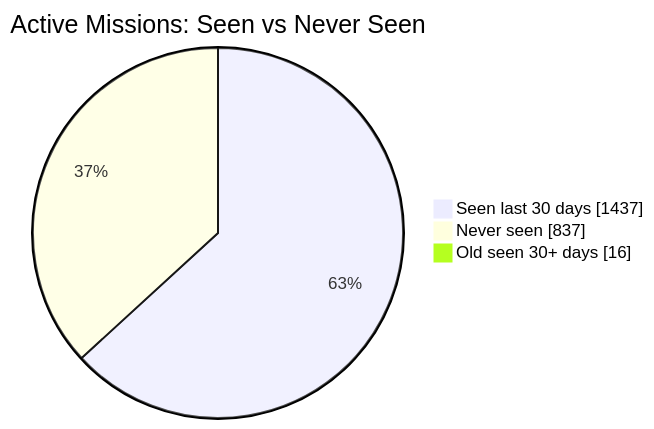
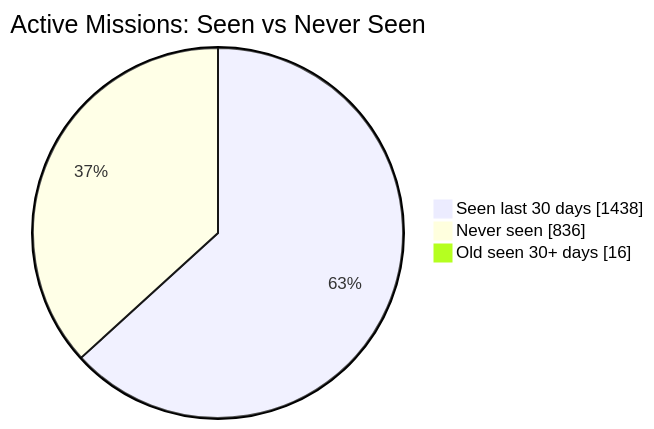
One commit to MeldkamerspelGameTeam/active-missions changed the first of 2 diagrams in README.md. Above: the diagram before and after it, drawn with Mermaid. The commit also changed other lines of this file and 3 other files, not shown here.

````diff
--- a/README.md
+++ b/README.md
@@ -34,7 +34,7 @@
 ```mermaid
 pie showData
     title Active Missions: Seen vs Never Seen
-    "Seen last 30 days" : 1437
-    "Never seen" : 837
+    "Seen last 30 days" : 1438
+    "Never seen" : 836
     "Old seen 30+ days" : 16
 ```
````
